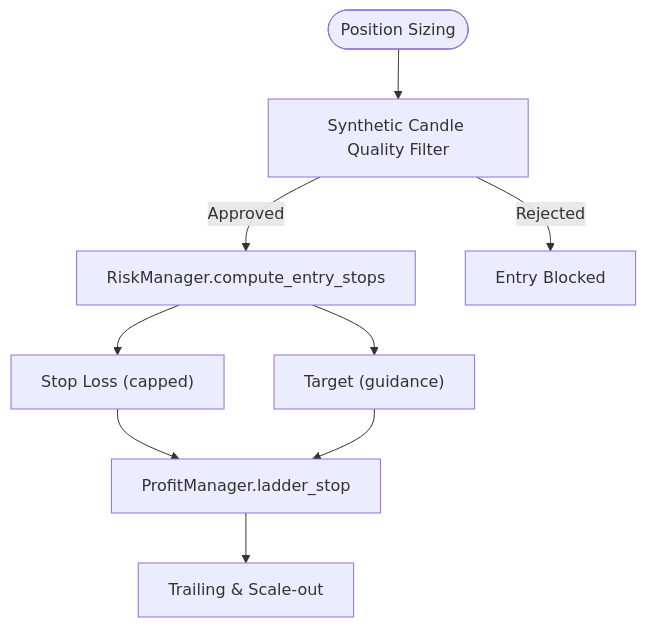
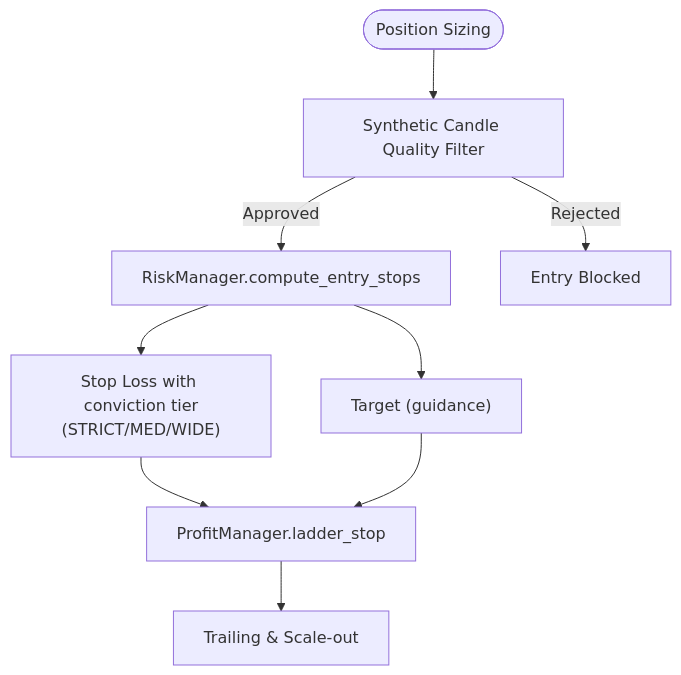
One commit to tauqeersiddiqui-art/tradingsystem changed the ninth of 11 diagrams in .qoder/repowiki/en/content/Core Trading Engine/Scalping Strategy Engine.md. Above: the diagram before and after it, drawn with Mermaid. The commit also changed other lines of this file and 63 other files, not shown here.

````diff
--- a/.qoder/repowiki/en/content/Core Trading Engine/Scalping Strategy Engine.md
+++ b/.qoder/repowiki/en/content/Core Trading Engine/Scalping Strategy Engine.md
@@ -389,11 +389,11 @@
 ```mermaid
 flowchart TD
 P0(["Position Sizing"]) --> Quality["Synthetic Candle Quality Filter"]
 Quality --> |Approved| RM["RiskManager.compute_entry_stops"]
 Quality --> |Rejected| Block["Entry Blocked"]
-RM --> SL["Stop Loss (capped)"]
+RM --> SL["Stop Loss with conviction tier<br/>(STRICT/MED/WIDE)"]
 RM --> TP["Target (guidance)"]
 SL --> PM["ProfitManager.ladder_stop"]
 TP --> PM
 PM --> Trail["Trailing & Scale-out"]
 ```
````
